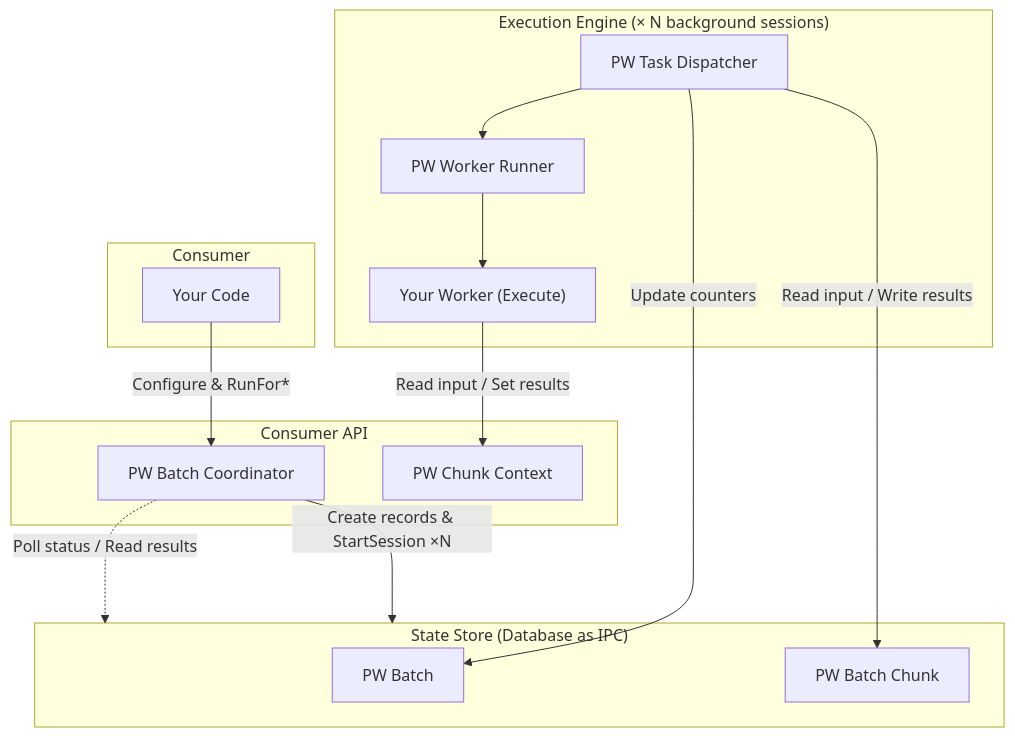
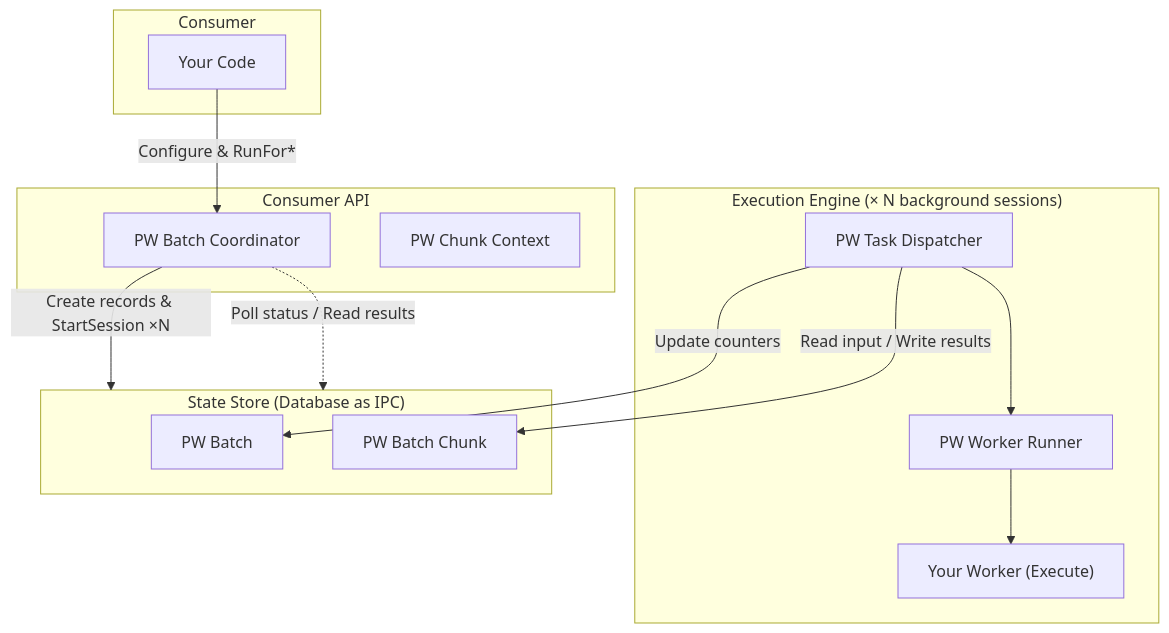
One commit to Drakonian/parallel-worker-bc changed the first of 5 diagrams in README.md. Above: the diagram before and after it, drawn with Mermaid.

Commit message:
fix high-level diagram

````diff
--- a/README.md
+++ b/README.md
@@ -110,30 +110,29 @@
 ```mermaid
 graph TB
     subgraph Consumer
         Code["Your Code"]
     end
 
     subgraph API["Consumer API"]
         Coordinator["PW Batch Coordinator"]
         Context["PW Chunk Context"]
     end
 
     subgraph Engine["Execution Engine (× N background sessions)"]
         Dispatcher["PW Task Dispatcher"]
         Runner["PW Worker Runner"]
         Worker["Your Worker (Execute)"]
         Dispatcher --> Runner --> Worker
     end
 
     subgraph Store["State Store (Database as IPC)"]
         Batch["PW Batch"]
         Chunk["PW Batch Chunk"]
     end
 
     Code -->|"Configure & RunFor*"| Coordinator
-    Worker -->|"Read input / Set results"| Context
     Coordinator -->|"Create records & StartSession ×N"| Store
     Coordinator -.->|"Poll status / Read results"| Store
     Dispatcher -->|"Read input / Write results"| Chunk
     Dispatcher -->|"Update counters"| Batch
 ```
````
